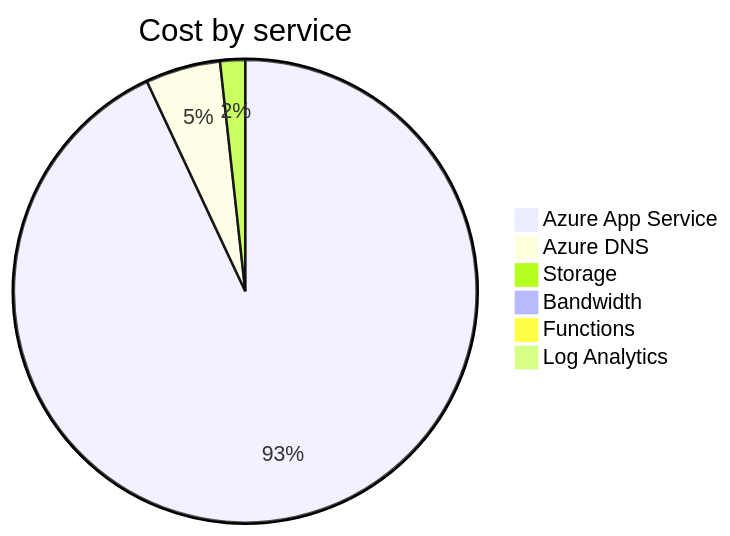
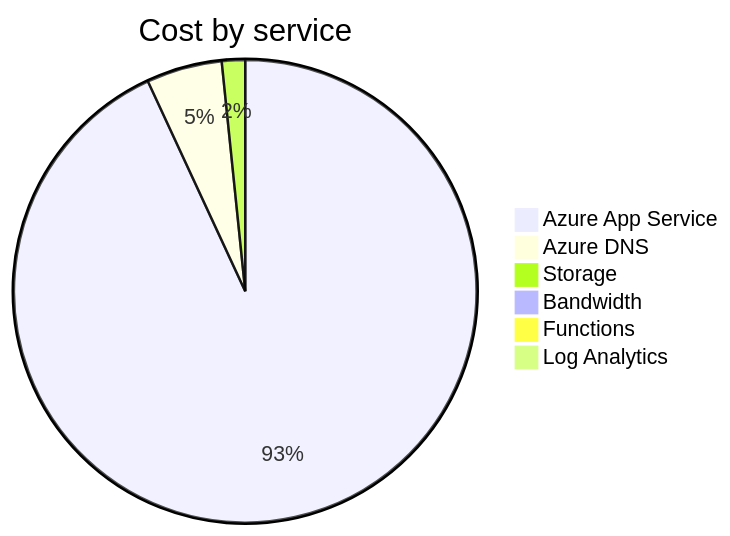
One commit to jpfulton/azure-personal-reports changed the second of 4 diagrams in cost-reports/accumulated-cost.md. Above: the diagram before and after it, drawn with Mermaid. The commit also changed other lines of this file and 4 other files, not shown here.

````diff
--- a/cost-reports/accumulated-cost.md
+++ b/cost-reports/accumulated-cost.md
@@ -100,10 +100,10 @@
 ```mermaid
 pie
    title Cost by service
-   "Azure App Service" : 1.60
-   "Azure DNS" : 0.09
-   "Storage" : 0.03
+   "Azure App Service" : 2.29
+   "Azure DNS" : 0.13
+   "Storage" : 0.04
    "Bandwidth" : 0.00
    "Functions" : 0.00
    "Log Analytics" : 0.00
 ```
````
